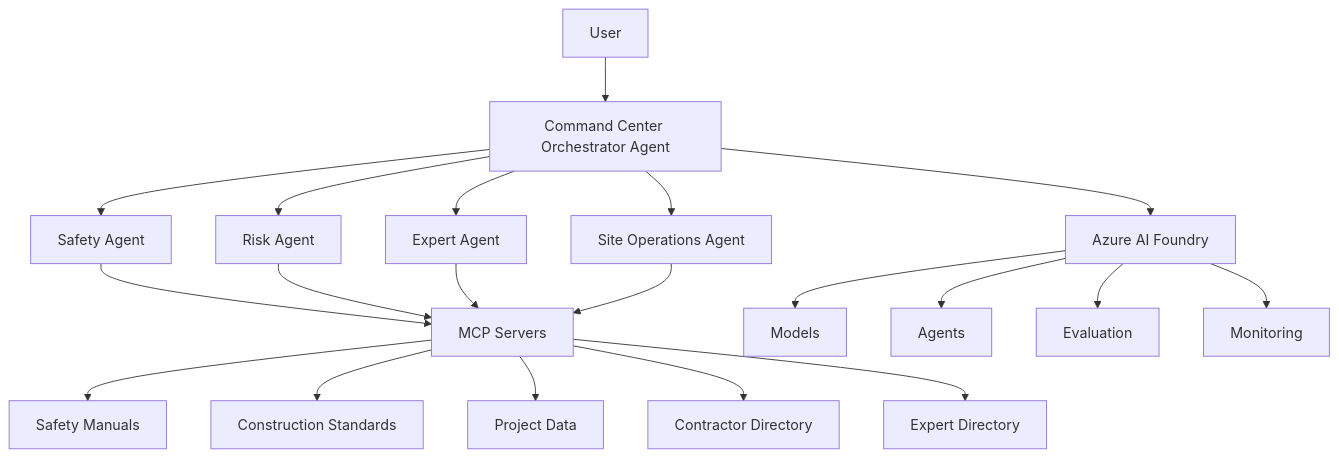
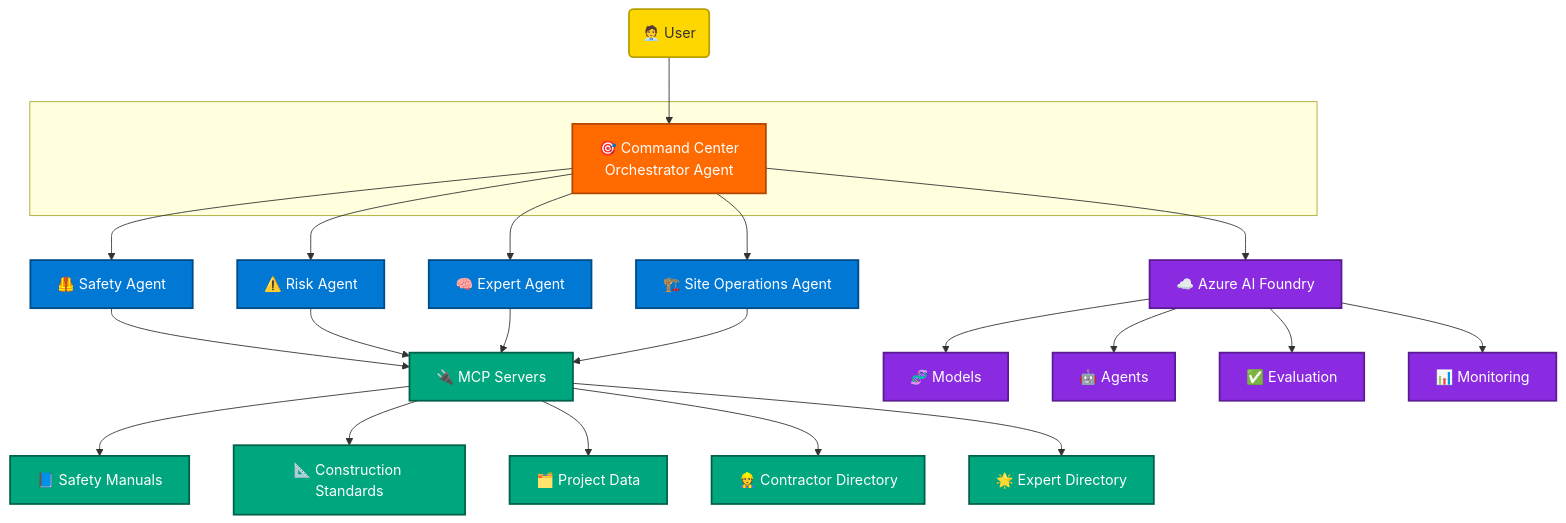
Before and after one commit to julietrajan/GitHub-Copilot-Innovation-Challenge: the diagram in readme.md, drawn with Mermaid. The commit also changed other lines of this file, not shown here.

````diff
--- a/readme.md
+++ b/readme.md
@@ -137,22 +153,42 @@
 ```mermaid
 flowchart TD
-    User --> Orchestrator[Command Center Orchestrator Agent]
-    Orchestrator --> Safety[Safety Agent]
-    Orchestrator --> Risk[Risk Agent]
-    Orchestrator --> Expert[Expert Agent]
-    Orchestrator --> SiteOps[Site Operations Agent]
-    Safety --> MCP[MCP Servers]
+    User("🧑‍💼 User") --> Orchestrator
+
+    subgraph Orchestration[" "]
+        Orchestrator["🎯 Command Center<br/>Orchestrator Agent"]
+    end
+
+    Orchestrator --> Safety["🦺 Safety Agent"]
+    Orchestrator --> Risk["⚠️ Risk Agent"]
+    Orchestrator --> Expert["🧠 Expert Agent"]
+    Orchestrator --> SiteOps["🏗️ Site Operations Agent"]
+
+    Safety --> MCP["🔌 MCP Servers"]
     Risk --> MCP
     Expert --> MCP
     SiteOps --> MCP
-    MCP --> Manuals[Safety Manuals]
-    MCP --> Standards[Construction Standards]
-    MCP --> ProjectData[Project Data]
-    MCP --> Contractors[Contractor Directory]
-    MCP --> Experts[Expert Directory]
-    Orchestrator --> Foundry[Azure AI Foundry]
-    Foundry --> Models
-    Foundry --> Agents
-    Foundry --> Evaluation
-    Foundry --> Monitoring
+
+    MCP --> Manuals["📘 Safety Manuals"]
+    MCP --> Standards["📐 Construction Standards"]
+    MCP --> ProjectData["🗂️ Project Data"]
+    MCP --> Contractors["👷 Contractor Directory"]
+    MCP --> Experts["🌟 Expert Directory"]
+
+    Orchestrator --> Foundry["☁️ Azure AI Foundry"]
+    Foundry --> Models["🧬 Models"]
+    Foundry --> Agents["🤖 Agents"]
+    Foundry --> Evaluation["✅ Evaluation"]
+    Foundry --> Monitoring["📊 Monitoring"]
+
+    classDef orchestrator fill:#FF6B00,color:#fff,stroke:#B34700,stroke-width:2px;
+    classDef agent fill:#0078D4,color:#fff,stroke:#004C87,stroke-width:2px;
+    classDef mcp fill:#00A67E,color:#fff,stroke:#00614A,stroke-width:2px;
+    classDef foundry fill:#8A2BE2,color:#fff,stroke:#5A1B94,stroke-width:2px;
+    classDef user fill:#FFD700,color:#333,stroke:#B8A000,stroke-width:2px;
+
+    class User user;
+    class Orchestrator orchestrator;
+    class Safety,Risk,Expert,SiteOps agent;
+    class MCP,Manuals,Standards,ProjectData,Contractors,Experts mcp;
+    class Foundry,Models,Agents,Evaluation,Monitoring foundry;
 ```
````
